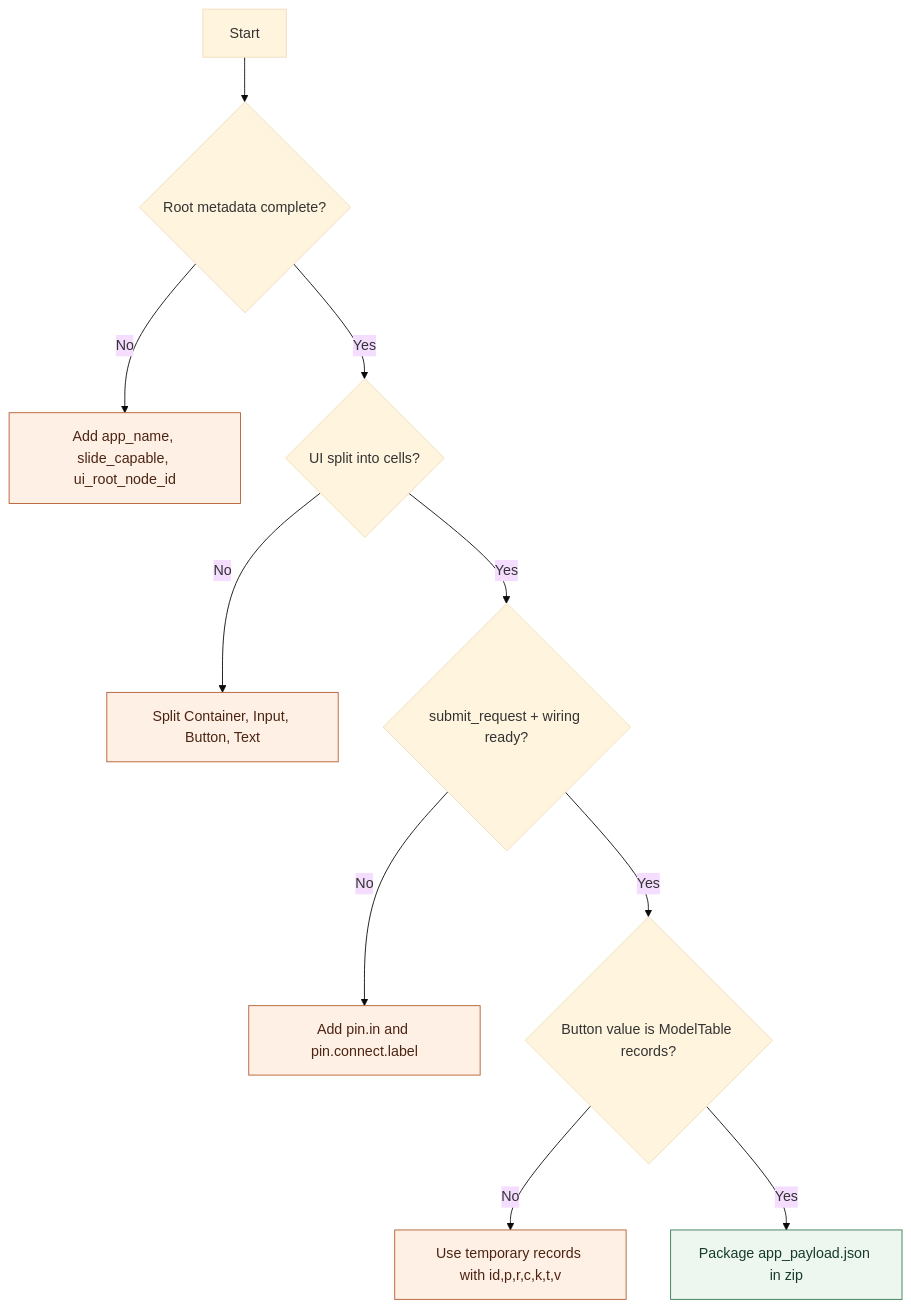
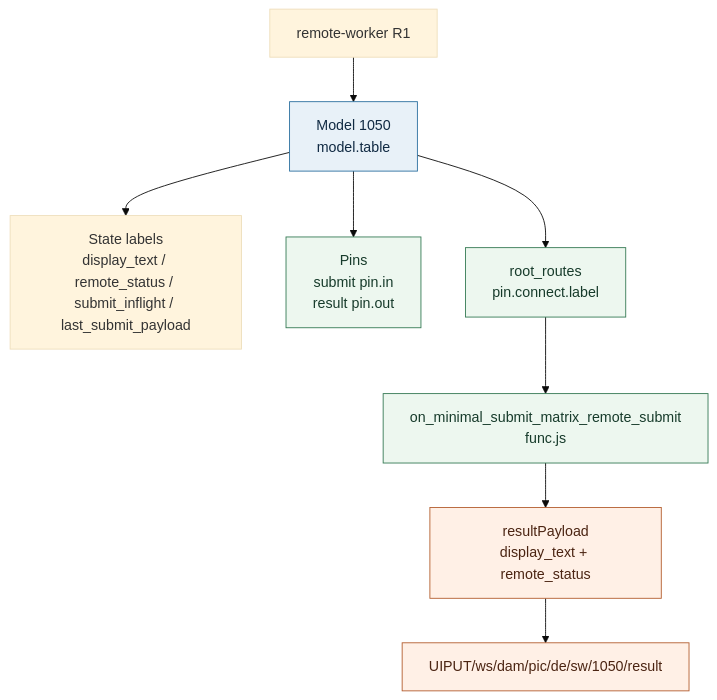
The second of 4 diagrams in docs/user-guide/slide-app-runtime/minimal_submit_app_provider_visualized.md (drooop/dongyu_js_core), drawn with Mermaid (base theme) before and after one commit. The commit also changed other lines of this file and 14 other files, not shown here.

First line of the commit message:
docs(slide): publish minimal submit dual bus guide [0360]

````diff
--- a/docs/user-guide/slide-app-runtime/minimal_submit_app_provider_visualized.md
+++ b/docs/user-guide/slide-app-runtime/minimal_submit_app_provider_visualized.md
@@ -138,17 +40,17 @@
 ```mermaid
 flowchart TB
-  start["Start"] --> root{"Root metadata complete?"}
-  root -- "No" --> fixRoot["Add app_name, slide_capable, ui_root_node_id"]
-  root -- "Yes" --> ui{"UI split into cells?"}
-  ui -- "No" --> fixUi["Split Container, Input, Button, Text"]
-  ui -- "Yes" --> pin{"submit_request + wiring ready?"}
-  pin -- "No" --> fixPin["Add pin.in and pin.connect.label"]
-  pin -- "Yes" --> payload{"Button value is ModelTable records?"}
-  payload -- "No" --> fixPayload["Use temporary records with id,p,r,c,k,t,v"]
-  payload -- "Yes" --> done["Package app_payload.json in zip"]
+  R1["remote-worker R1"] --> M1050["Model 1050<br/>model.table"]
+  M1050 --> State["State labels<br/>display_text / remote_status / submit_inflight / last_submit_payload"]
+  M1050 --> Pins["Pins<br/>submit pin.in<br/>result pin.out"]
+  M1050 --> Routes["root_routes<br/>pin.connect.label"]
+  Routes --> Func["on_minimal_submit_matrix_remote_submit<br/>func.js"]
+  Func --> Result["resultPayload<br/>display_text + remote_status"]
+  Result --> Topic["UIPUT/ws/dam/pic/de/sw/1050/result"]
 
-  classDef ok fill:#edf7ef,stroke:#357a54,color:#173b2b;
-  classDef fix fill:#fff0e6,stroke:#b35d2e,color:#4b2412;
-  class done ok;
-  class fixRoot,fixUi,fixPin,fixPayload fix;
+  classDef table fill:#e8f1f8,stroke:#2b6f9f,color:#102a43;
+  classDef pin fill:#edf7ef,stroke:#357a54,color:#173b2b;
+  classDef out fill:#fff0e6,stroke:#b35d2e,color:#4b2412;
+  class M1050 table;
+  class Pins,Routes,Func pin;
+  class Result,Topic out;
 ```
````
